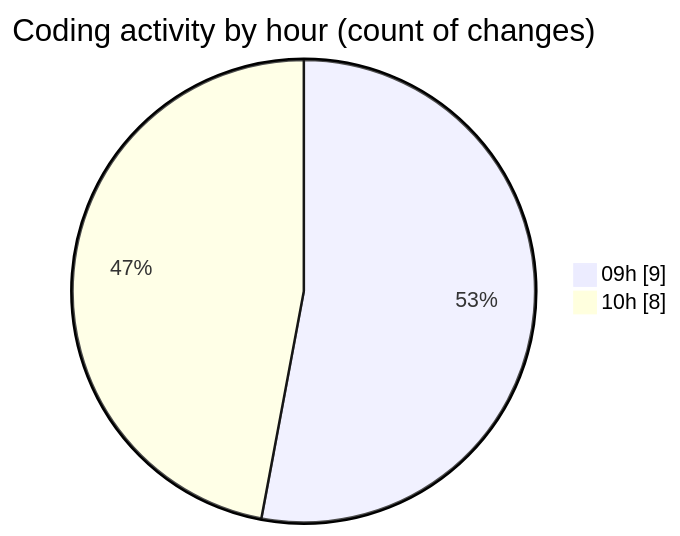
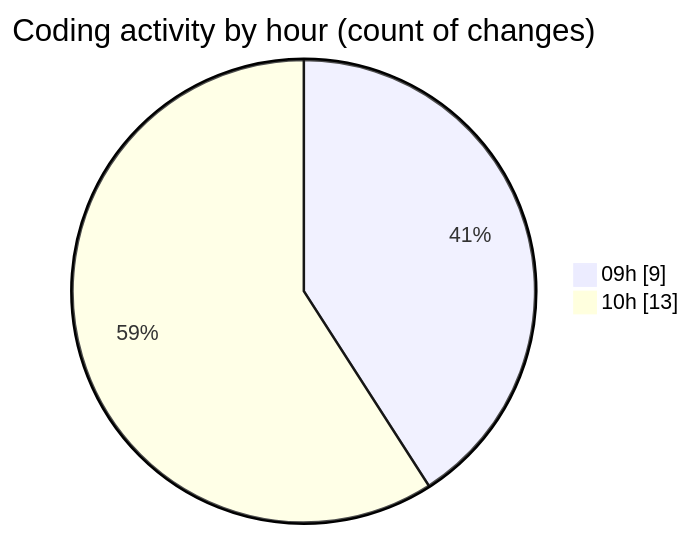
One commit to momahboobian/code-tracking changed the second of 2 diagrams in 2025-06-06/cda/README.md. Above: the diagram before and after it, drawn with Mermaid. The commit also changed other lines of this file and 1 other file, not shown here.

````diff
--- a/2025-06-06/cda/README.md
+++ b/2025-06-06/cda/README.md
@@ -33,6 +33,6 @@
 ```mermaid
 pie showData
 title Coding activity by hour (count of changes)
 "09h" : 9
-"10h" : 8
+"10h" : 13
 ```
````
